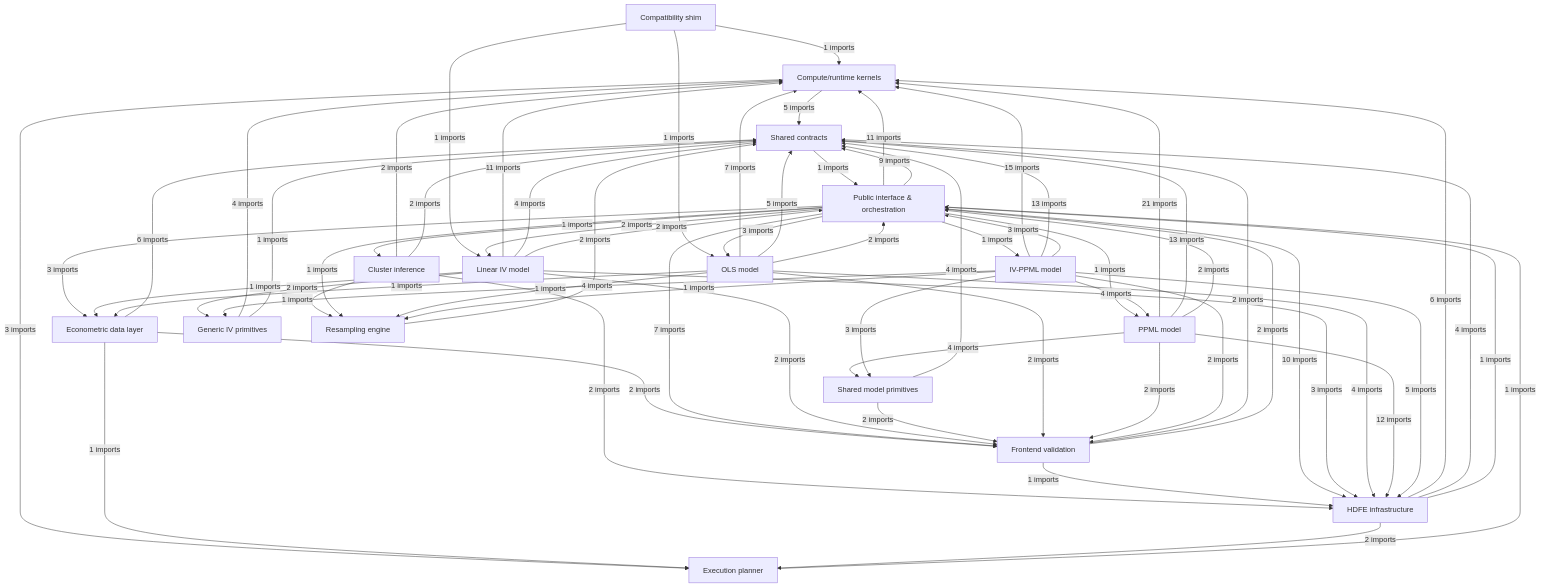
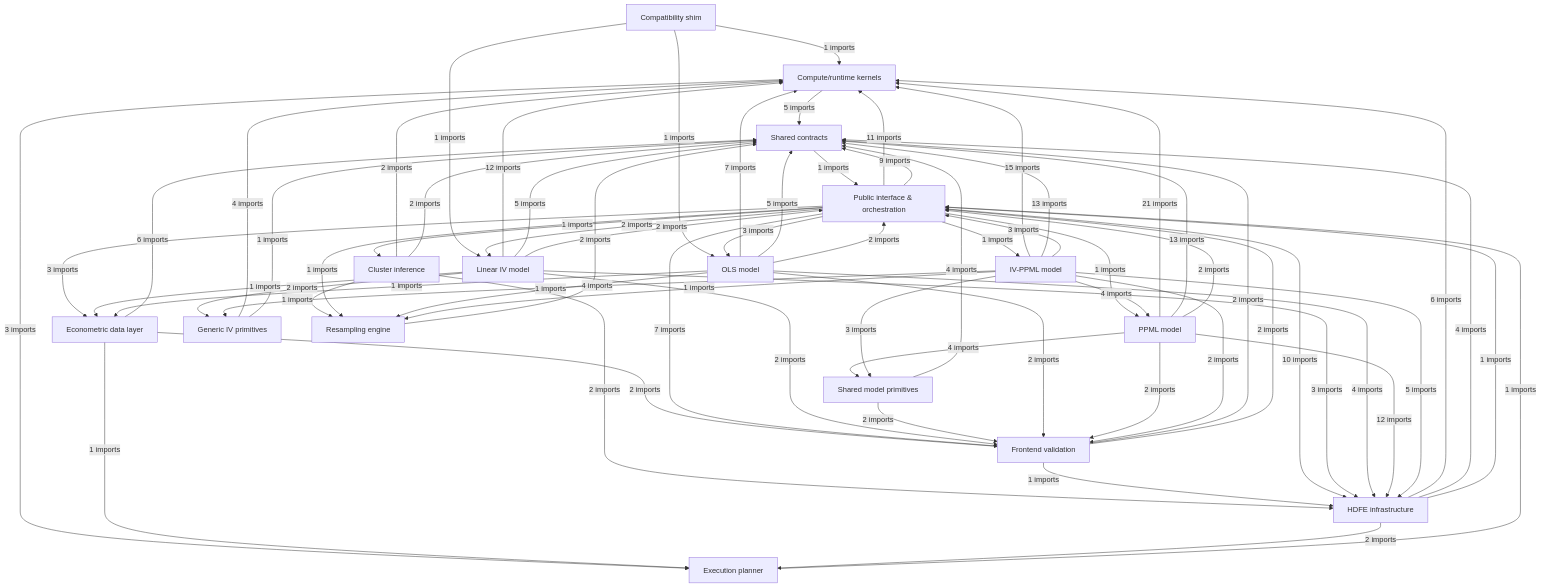
One commit to asggvhwgw-glitch/EconHDFE changed the first of 8 diagrams in docs/development/architecture-map/architecture.md. Above: the diagram before and after it, drawn with Mermaid. The commit also changed other lines of this file and 12 other files, not shown here.

```diff
--- a/docs/development/architecture-map/architecture.md
+++ b/docs/development/architecture-map/architecture.md
@@ -57,8 +57,8 @@
   n_interface -->|"1 imports"| n_resampling
   n_iv -->|"4 imports"| n_compute
   n_iv -->|"1 imports"| n_contracts
-  n_linear_iv -->|"11 imports"| n_compute
-  n_linear_iv -->|"4 imports"| n_contracts
+  n_linear_iv -->|"12 imports"| n_compute
+  n_linear_iv -->|"5 imports"| n_contracts
   n_linear_iv -->|"1 imports"| n_data
   n_linear_iv -->|"2 imports"| n_frontend
   n_linear_iv -->|"3 imports"| n_hdfe
```
